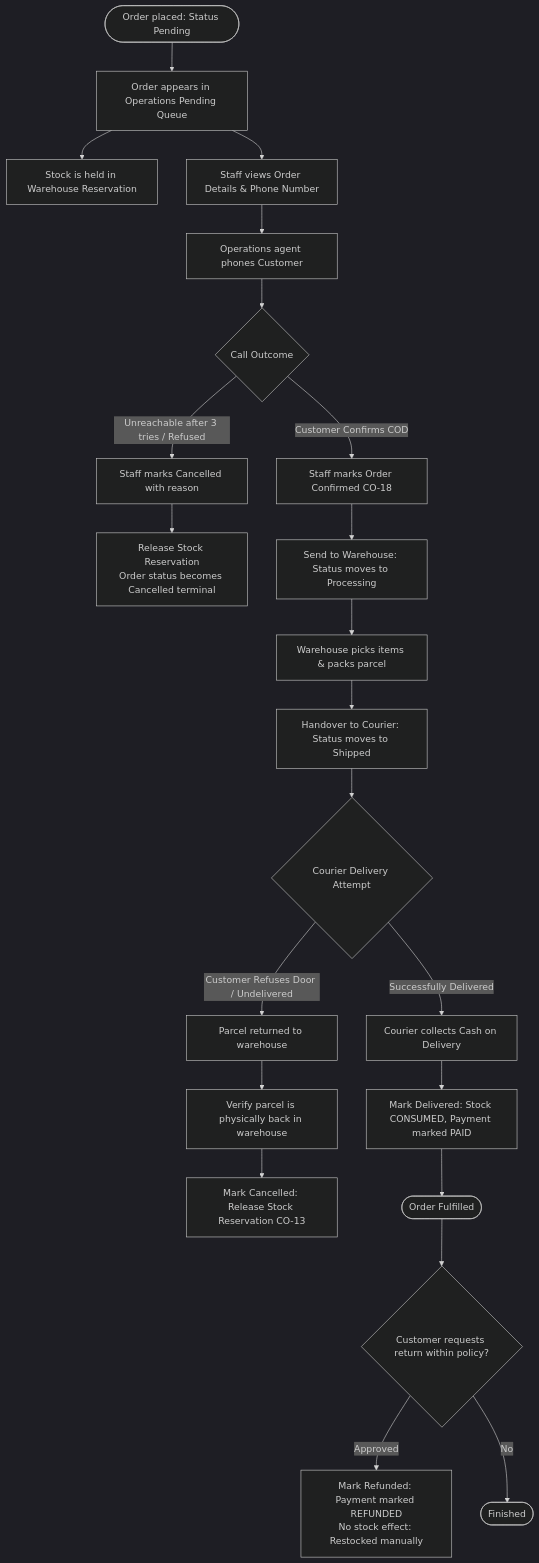
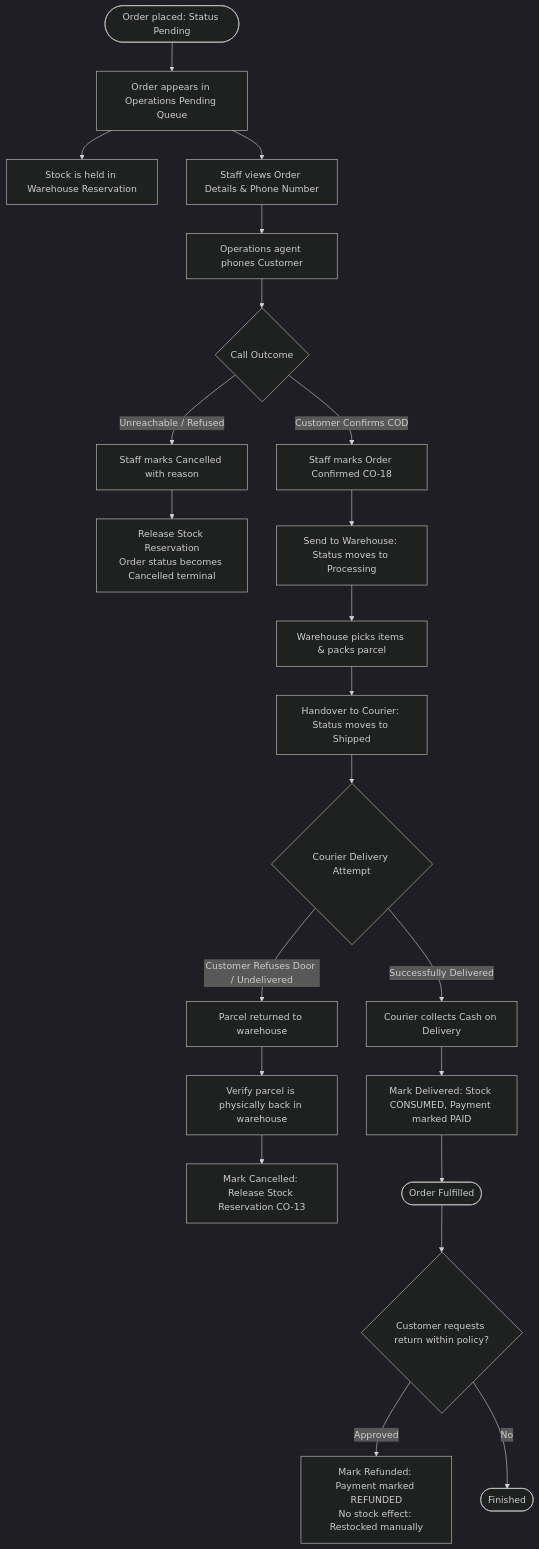
The ninth of 9 diagrams in docs/business/user-flows-and-diagrams.md (3mrhussein/findeg), drawn with Mermaid (dark theme) before and after one commit. The commit also changed other lines of this file and 10 other files, not shown here.

````diff
--- a/docs/business/user-flows-and-diagrams.md
+++ b/docs/business/user-flows-and-diagrams.md
@@ -335,31 +337,31 @@
 ```mermaid
 flowchart TD
     Start([Order placed: Status Pending]) --> Queue[Order appears in Operations Pending Queue]
     Queue --> ReserveStock[Stock is held in Warehouse Reservation]
     Queue --> OpsReview[Staff views Order Details & Phone Number]
 
     OpsReview --> PhoneCall[Operations agent phones Customer]
     PhoneCall --> CallOutcome{Call Outcome}
 
-    CallOutcome -->|Unreachable after 3 tries / Refused| CancelOrder[Staff marks Cancelled with reason]
+    CallOutcome -->|Unreachable / Refused| CancelOrder[Staff marks Cancelled with reason]
     CancelOrder --> ReleaseHold[Release Stock Reservation<br/>Order status becomes Cancelled terminal]
 
     CallOutcome -->|Customer Confirms COD| MarkConfirmed[Staff marks Order Confirmed CO-18]
     MarkConfirmed --> PickPack[Send to Warehouse: Status moves to Processing]
 
     PickPack --> WarehousePacks[Warehouse picks items & packs parcel]
     WarehousePacks --> Dispatch[Handover to Courier: Status moves to Shipped]
     Dispatch --> DeliveryAttempt{Courier Delivery Attempt}
 
     DeliveryAttempt -->|Customer Refuses Door / Undelivered| CourierReturn[Parcel returned to warehouse]
     CourierReturn --> CheckReturned[Verify parcel is physically back in warehouse]
     CheckReturned --> CancelShipped[Mark Cancelled: Release Stock Reservation CO-13]
 
     DeliveryAttempt -->|Successfully Delivered| CollectCash[Courier collects Cash on Delivery]
     CollectCash --> MarkDelivered[Mark Delivered: Stock CONSUMED, Payment marked PAID]
     MarkDelivered --> Complete([Order Fulfilled])
 
     Complete --> ReturnRequest{Customer requests return within policy?}
     ReturnRequest -->|Approved| ProcessRefund[Mark Refunded: Payment marked REFUNDED<br/>No stock effect: Restocked manually]
     ReturnRequest -->|No| Closed([Finished])
 ```
````
